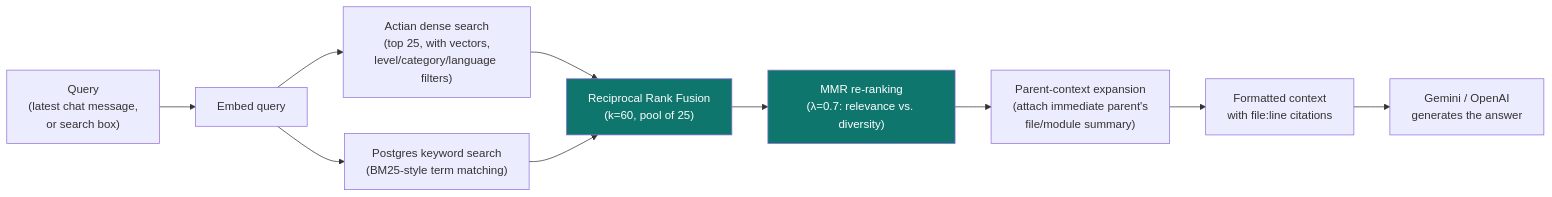
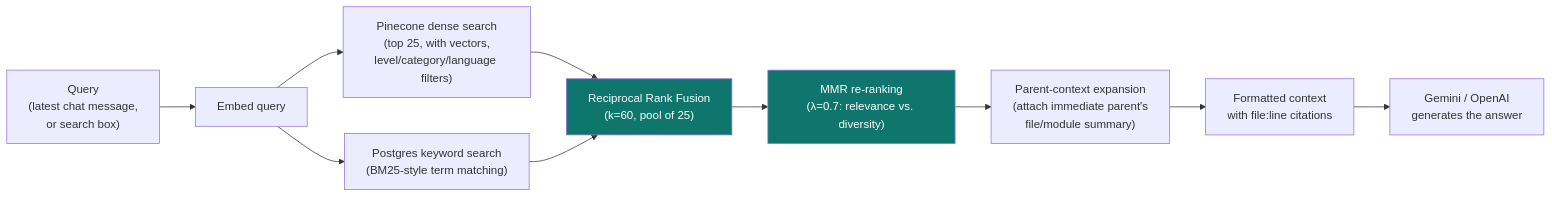
Before and after one commit to arpan7sarkar/GitPlus: the fourth of 5 diagrams in README.md, drawn with Mermaid. The commit also changed other lines of this file and 28 other files, not shown here.

First line of the commit message:
Migrate Actian vector storage to Pinecone (#17)

````diff
--- a/README.md
+++ b/README.md
@@ -260,15 +290,15 @@
 ```mermaid
 flowchart LR
     Q["Query<br/>(latest chat message,<br/>or search box)"] --> EMB["Embed query"]
-    EMB --> DENSE["Actian dense search<br/>(top 25, with vectors,<br/>level/category/language filters)"]
+    EMB --> DENSE["Pinecone dense search<br/>(top 25, with vectors,<br/>level/category/language filters)"]
     EMB --> SPARSE["Postgres keyword search<br/>(BM25-style term matching)"]
     DENSE --> RRF["Reciprocal Rank Fusion<br/>(k=60, pool of 25)"]
     SPARSE --> RRF
     RRF --> MMR["MMR re-ranking<br/>(λ=0.7: relevance vs. diversity)"]
     MMR --> EXPAND["Parent-context expansion<br/>(attach immediate parent's<br/>file/module summary)"]
     EXPAND --> CTX["Formatted context<br/>with file:line citations"]
     CTX --> LLM["Gemini / OpenAI<br/>generates the answer"]
 
     style RRF fill:#0f766e,color:#fff
     style MMR fill:#0f766e,color:#fff
 ```
````
